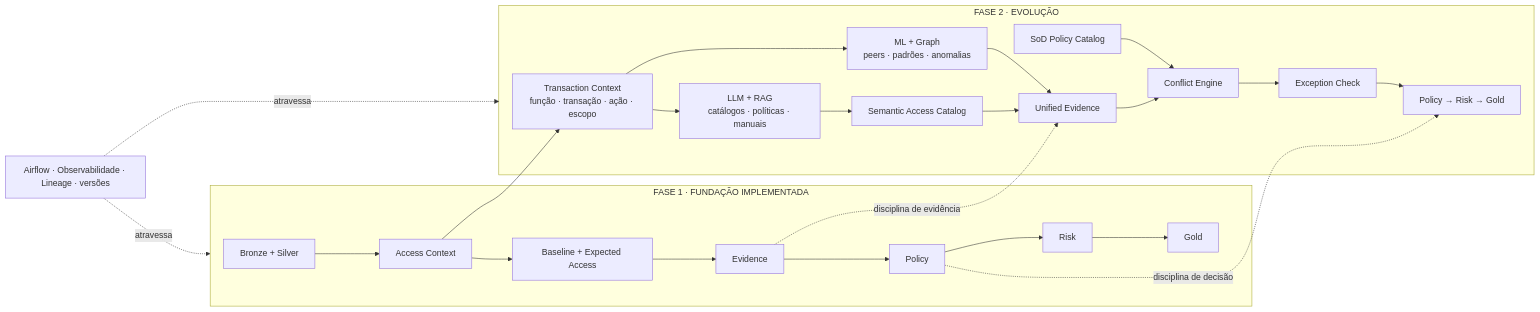
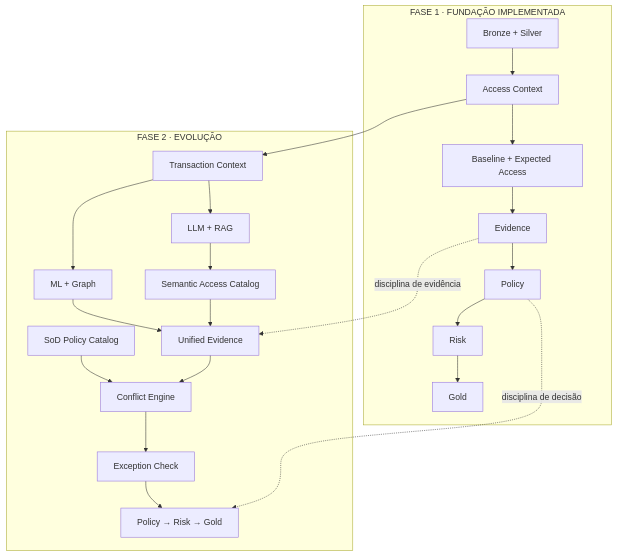
Before and after one commit to Lal3x/SoD-Plataform: the sixth of 7 diagrams in docs/arquitetura/fase-2.md, drawn with Mermaid. The commit also changed other lines of this file, not shown here.

````diff
--- a/docs/arquitetura/fase-2.md
+++ b/docs/arquitetura/fase-2.md
@@ -242,39 +180,27 @@
 ```mermaid
-flowchart LR
+flowchart TB
     subgraph F1["FASE 1 · FUNDAÇÃO IMPLEMENTADA"]
         A["Bronze + Silver"] --> B["Access Context"]
         B --> C["Baseline + Expected Access"]
         C --> D["Evidence"]
         D --> E["Policy"]
         E --> F["Risk"]
         F --> G["Gold"]
     end
 
     subgraph F2["FASE 2 · EVOLUÇÃO"]
-        H["Transaction Context<br/>função · transação · ação · escopo"]
-        I["ML + Graph<br/>peers · padrões · anomalias"]
-        J["LLM + RAG<br/>catálogos · políticas · manuais"]
-        K["Semantic Access Catalog"]
-        L["SoD Policy Catalog"]
-        M["Unified Evidence"]
-        N["Conflict Engine"]
-        O["Exception Check"]
-        P["Policy → Risk → Gold"]
-
-        H --> I
-        H --> J
-        J --> K
-        I --> M
-        K --> M
+        H["Transaction Context"] --> I["ML + Graph"]
+        H --> J["LLM + RAG"]
+        J --> K["Semantic Access Catalog"]
+        I --> L["Unified Evidence"]
+        K --> L
+        M["SoD Policy Catalog"] --> N["Conflict Engine"]
         L --> N
-        M --> N
-        N --> O
-        O --> P
+        N --> O["Exception Check"]
+        O --> P["Policy → Risk → Gold"]
     end
 
     B --> H
-    D -. disciplina de evidência .-> M
+    D -. disciplina de evidência .-> L
     E -. disciplina de decisão .-> P
-    CTRL["Airflow · Observabilidade · Lineage · versões"] -. atravessa .-> F1
-    CTRL -. atravessa .-> F2
 ```
````
